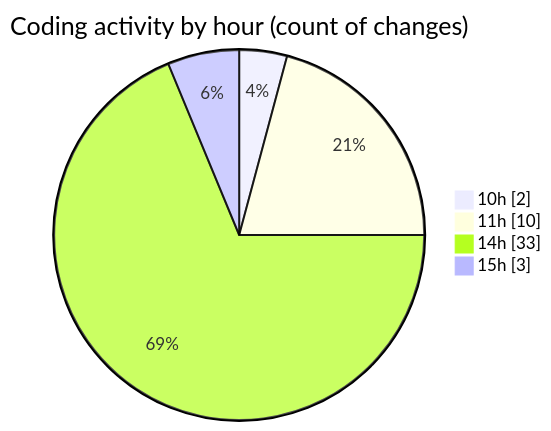
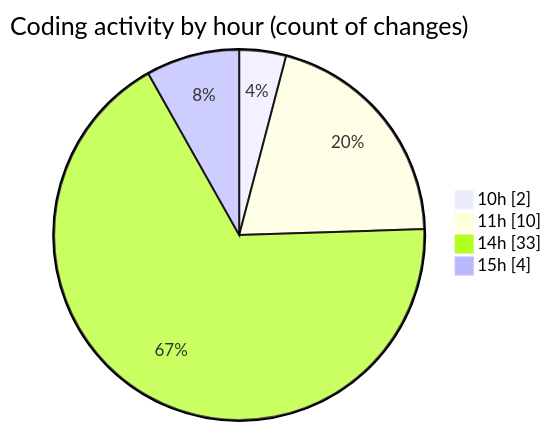
The second of 2 diagrams in 2025-06-02/studio-backend/README.md (idhammustaqopulfikri/code-tracking), drawn with Mermaid before and after one commit. The commit also changed other lines of this file and 1 other file, not shown here.

````diff
--- a/2025-06-02/studio-backend/README.md
+++ b/2025-06-02/studio-backend/README.md
@@ -41,8 +41,8 @@
 ```mermaid
 pie showData
 title Coding activity by hour (count of changes)
 "10h" : 2
 "11h" : 10
 "14h" : 33
-"15h" : 3
+"15h" : 4
 ```
````
